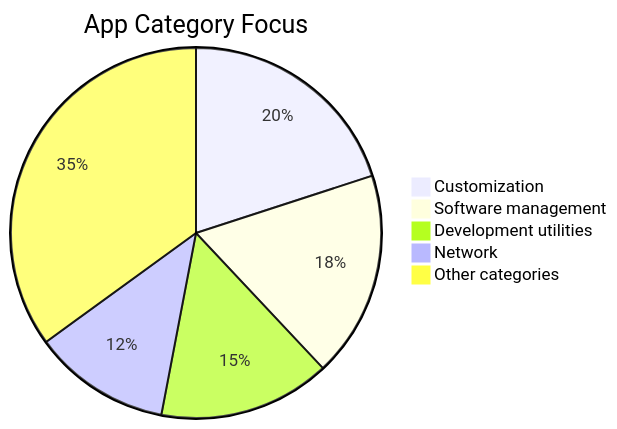
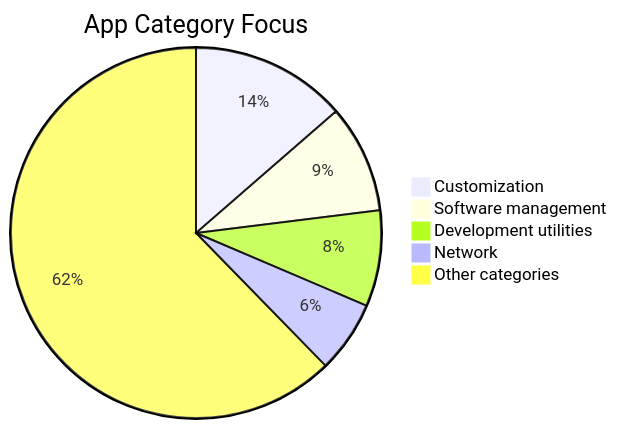
One commit to 2303630100089-lang/shizuku-apps-root-alternative changed the diagram in README.md. Above: the diagram before and after it, drawn with Mermaid. The commit also changed 4 other files, not shown here.

````diff
--- a/README.md
+++ b/README.md
@@ -99,8 +99,8 @@
 ```mermaid
 pie title App Category Focus
-    "Customization" : 20
+    "Customization" : 26
     "Software management" : 18
-    "Development utilities" : 15
+    "Development utilities" : 16
     "Network" : 12
-    "Other categories" : 35
+    "Other categories" : 119
 ```
````
